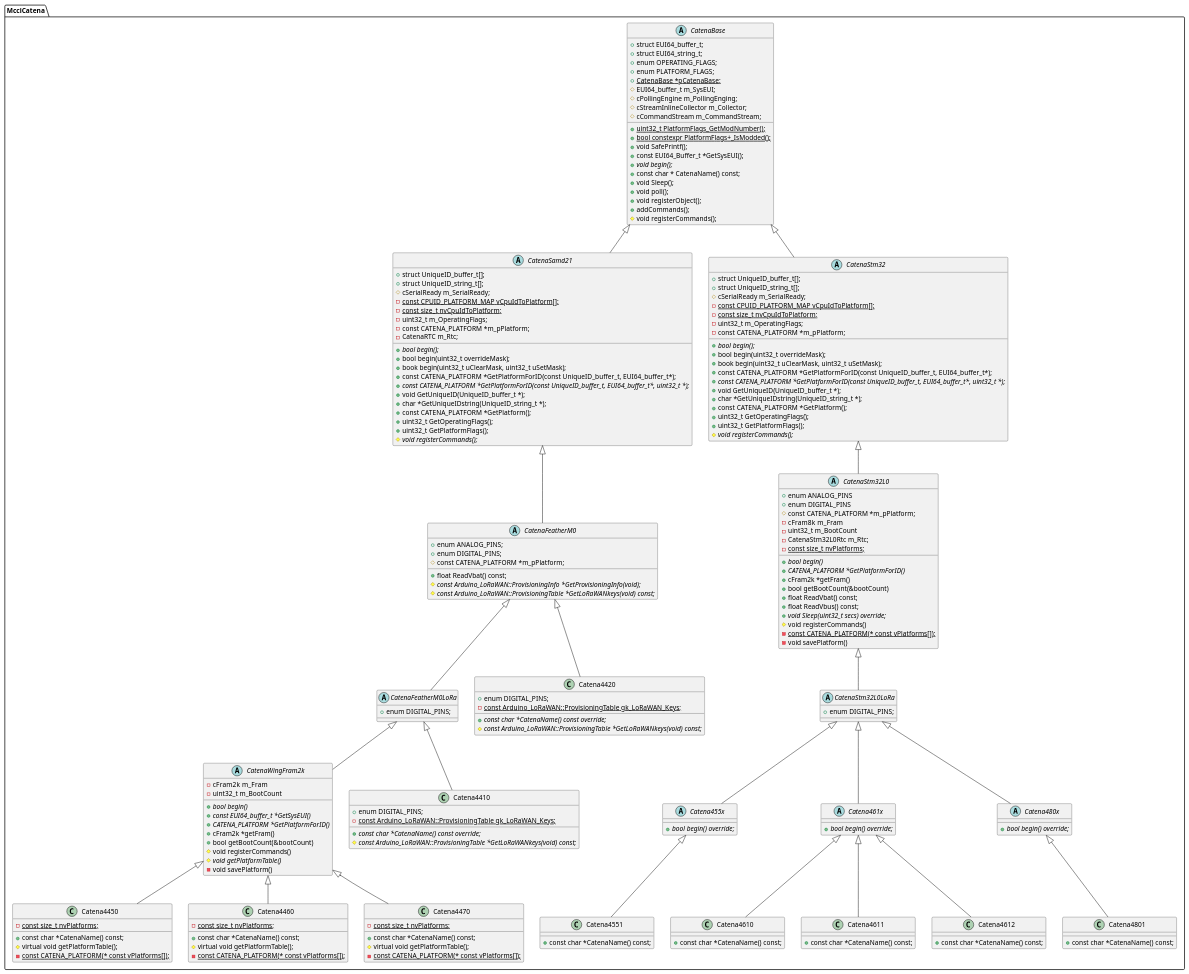
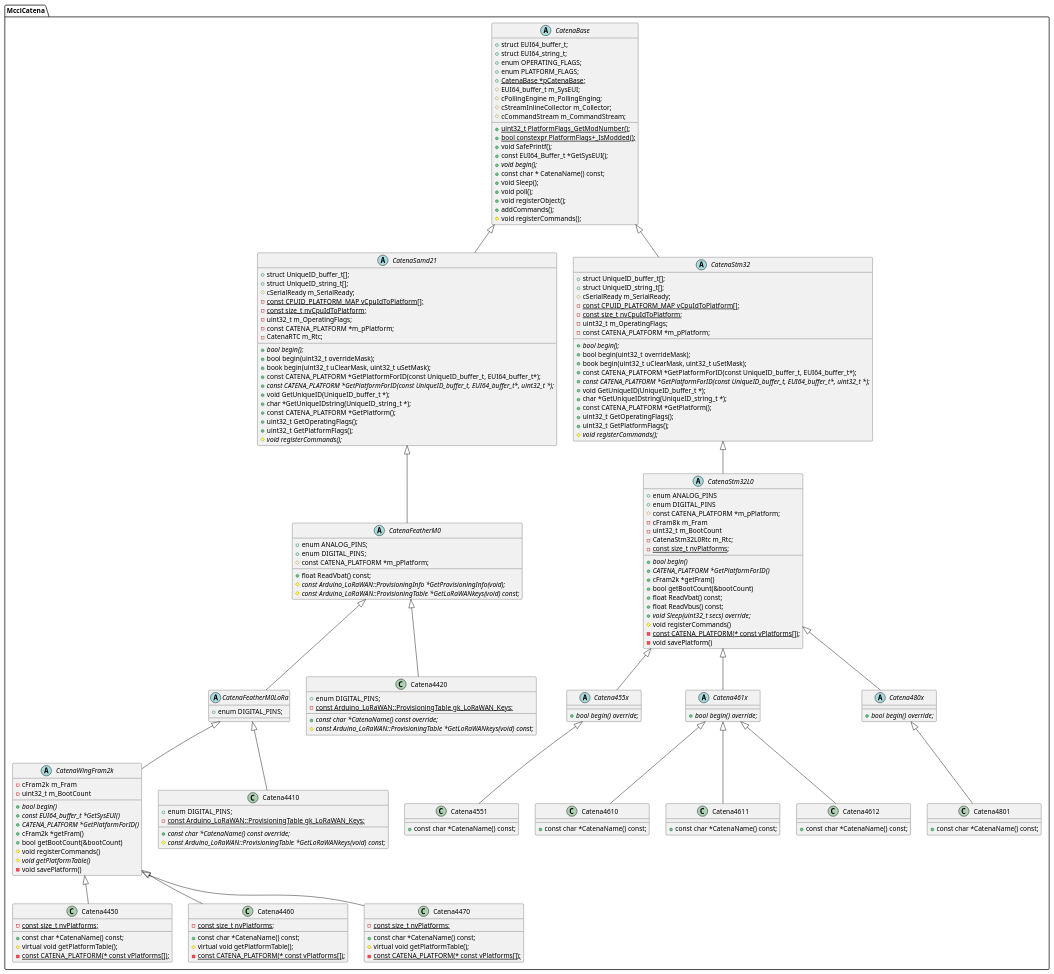
The diagram in assets/CatenaBase.plantuml (mcci-catena/Catena-Arduino-Platform), drawn with PlantUML before and after one commit. The commit also changed 3 other files, not shown here.

Commit message:
Fix #111: update uml docs

```diff
--- a/assets/CatenaBase.plantuml
+++ b/assets/CatenaBase.plantuml
@@ -115,10 +115,6 @@
   -void savePlatform()
 }
 
-abstract class CatenaStm32L0LoRa {
-  +enum DIGITAL_PINS;
-}
-
 abstract class Catena455x {
   +{abstract}bool begin() override;
 }
@@ -199,10 +195,9 @@
 CatenaWingFram2k <|-- Catena4470
 
 CatenaStm32 <|-- CatenaStm32L0
-CatenaStm32L0 <|-- CatenaStm32L0LoRa
-CatenaStm32L0LoRa <|-- Catena455x
-CatenaStm32L0LoRa <|-- Catena461x
-CatenaStm32L0LoRa <|-- Catena480x
+CatenaStm32L0 <|-- Catena455x
+CatenaStm32L0 <|-- Catena461x
+CatenaStm32L0 <|-- Catena480x
 
 Catena455x <|-- Catena4551
 Catena461x <|-- Catena4610
```
